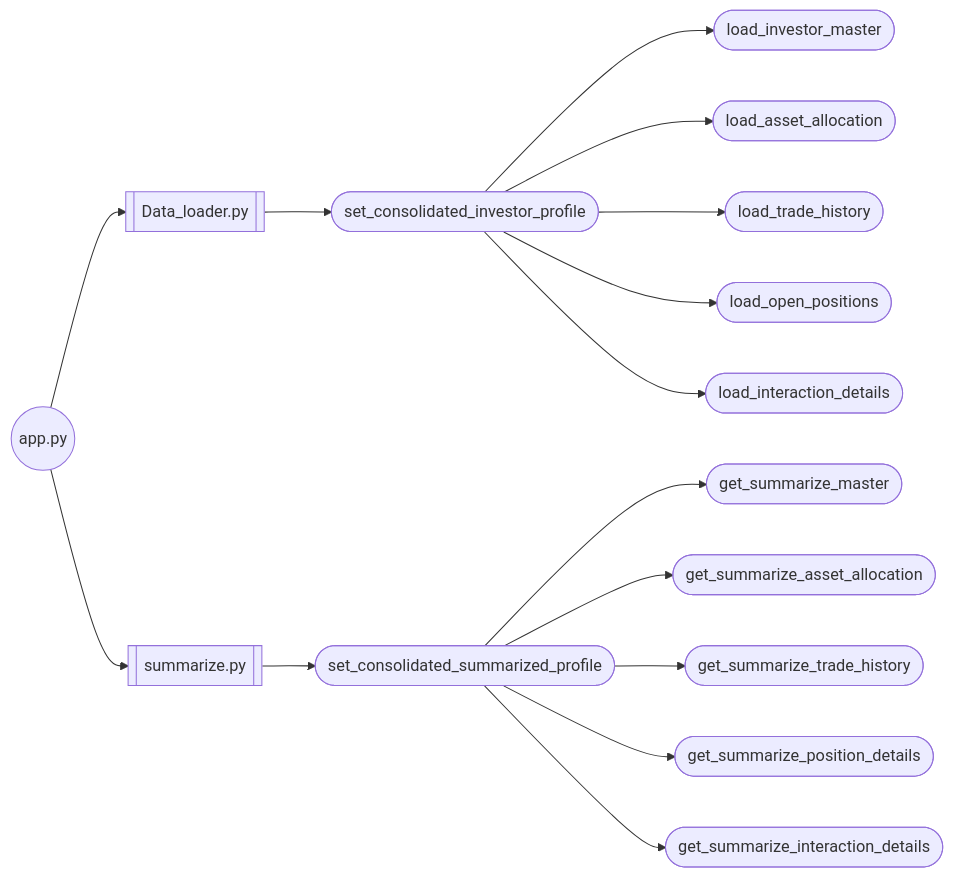
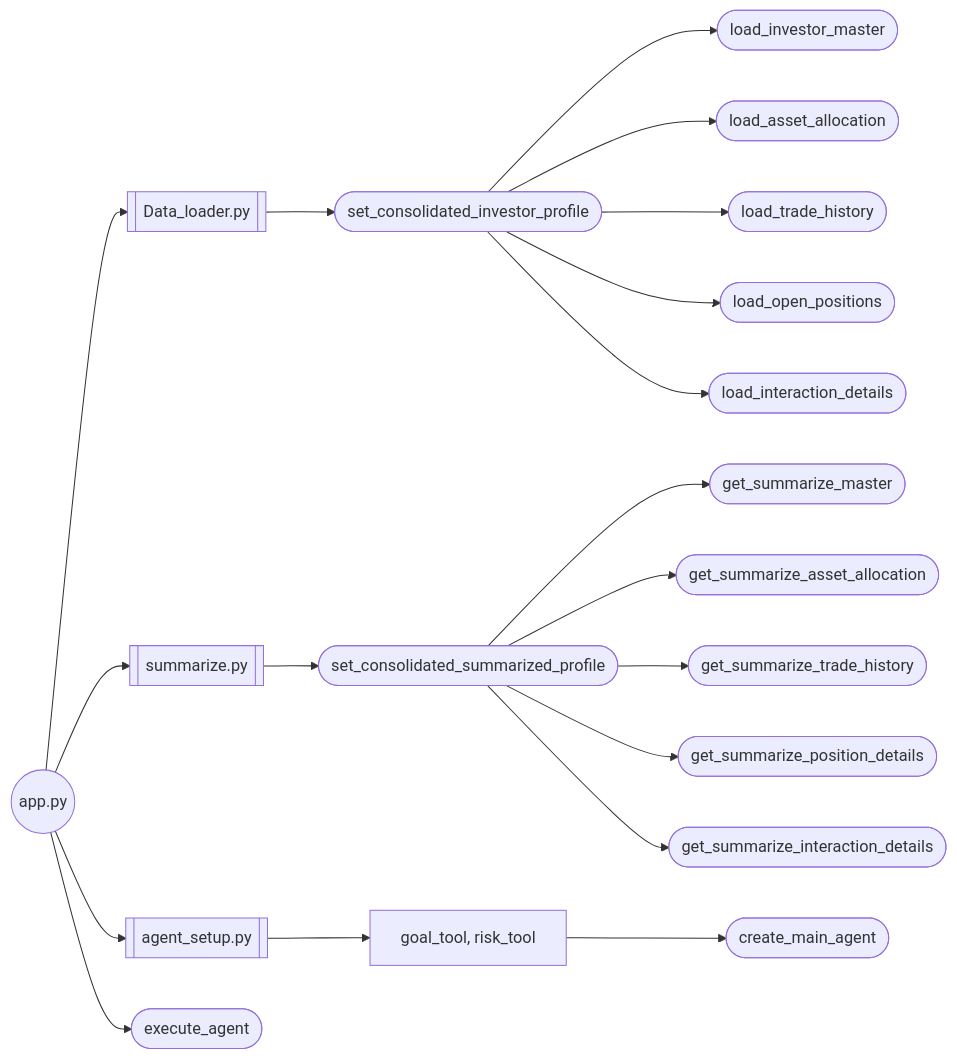
Before and after one commit to Sayak86/PIE: the diagram in README.md, drawn with Mermaid. The commit also changed 7 other files, not shown here.

````diff
--- a/README.md
+++ b/README.md
@@ -63,36 +63,45 @@
   ```mermaid
 flowchart LR
   app((app.py))
   loader[[Data_loader.py]]
   master_data([load_investor_master])
   asset_allocation([load_asset_allocation])
   trade_history([load_trade_history])
   position_details([load_open_positions])
   interaction_details([load_interaction_details])
   consolidated_investor_profile([set_consolidated_investor_profile])
   summarize[[summarize.py]]
   summarize_demography([get_summarize_master])
   summarize_asset_allocation([get_summarize_asset_allocation])
   summarize_trade_history([get_summarize_trade_history])
   summarize_position_details([get_summarize_position_details])
   summarize_interaction_details([get_summarize_interaction_details])
   consolidated_summarized_profile([set_consolidated_summarized_profile])
+  agent_setup[[agent_setup.py]]
+  tool_register[goal_tool, risk_tool]
+  main_agent([create_main_agent])
+  run_agent([execute_agent])
 
 
   app --> loader
   loader-->consolidated_investor_profile
   consolidated_investor_profile -->master_data
   consolidated_investor_profile -->asset_allocation
   consolidated_investor_profile -->trade_history
   consolidated_investor_profile-->position_details
   consolidated_investor_profile-->interaction_details
   app --> summarize
   summarize -->consolidated_summarized_profile
   consolidated_summarized_profile-->summarize_demography
   consolidated_summarized_profile-->summarize_asset_allocation
   consolidated_summarized_profile-->summarize_trade_history
   consolidated_summarized_profile-->summarize_position_details
   consolidated_summarized_profile-->summarize_interaction_details
+  app -->agent_setup
+  agent_setup -->tool_register
+  tool_register -->main_agent
+  app -->run_agent
+  
   
 
 ```
````
